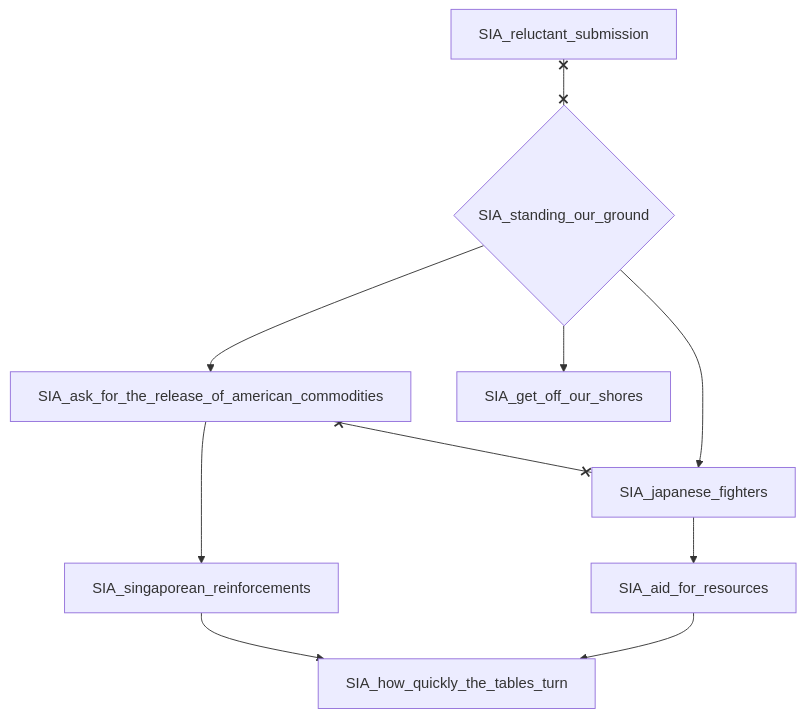
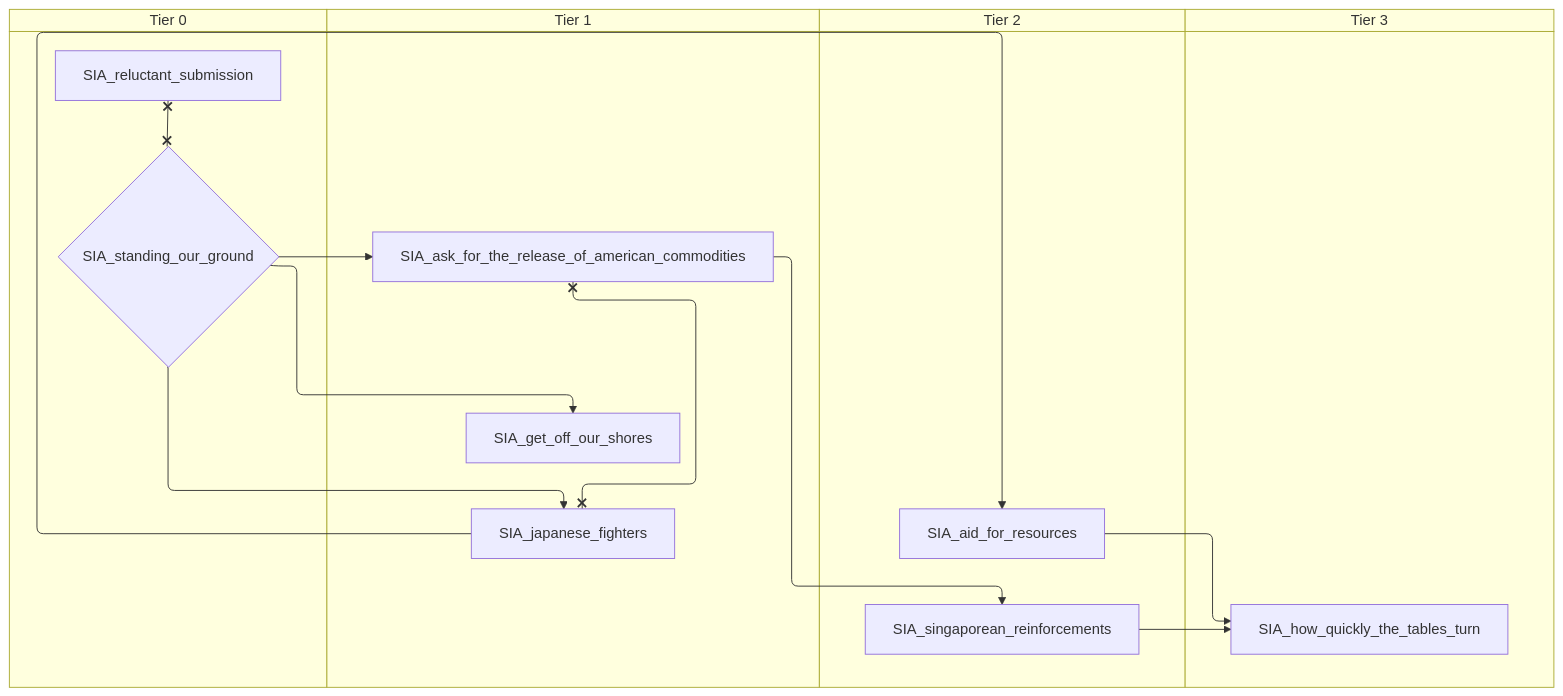
The fourth of 6 diagrams in docs/gdd/National Focuses/siam.md (evgeny-sobol/hoi4-sandbox-mode), drawn with Mermaid before and after one commit. The commit also changed other lines of this file and 80 other files, not shown here.

First line of the commit message:
Add swimlane mode to focus graph exporter

````diff
--- a/docs/gdd/National Focuses/siam.md
+++ b/docs/gdd/National Focuses/siam.md
@@ -193,20 +235,28 @@
 ```mermaid
-flowchart TD
-    n76["SIA_aid_for_resources"]
-    n77["SIA_ask_for_the_release_of_american_commodities"]
-    n78["SIA_get_off_our_shores"]
-    n79["SIA_how_quickly_the_tables_turn"]
-    n80["SIA_japanese_fighters"]
-    n54["SIA_reluctant_submission"]
-    n81["SIA_singaporean_reinforcements"]
-    n57{"SIA_standing_our_ground"}
-    n80 --> n76
-    n57 --> n77
-    n57 --> n78
-    n81 --> n79
-    n76 --> n79
-    n57 --> n80
-    n77 --> n81
-    n77 x--x n80
-    n54 x--x n57
+swimlane-beta TD
+    subgraph tier_0["Tier 0"]
+        n45["SIA_reluctant_submission"]
+        n46{"SIA_standing_our_ground"}
+    end
+    subgraph tier_1["Tier 1"]
+        n76["SIA_ask_for_the_release_of_american_commodities"]
+        n77["SIA_get_off_our_shores"]
+        n78["SIA_japanese_fighters"]
+    end
+    subgraph tier_2["Tier 2"]
+        n79["SIA_aid_for_resources"]
+        n80["SIA_singaporean_reinforcements"]
+    end
+    subgraph tier_3["Tier 3"]
+        n81["SIA_how_quickly_the_tables_turn"]
+    end
+    n78 --> n79
+    n46 --> n76
+    n46 --> n77
+    n80 --> n81
+    n79 --> n81
+    n46 --> n78
+    n76 --> n80
+    n76 x--x n78
+    n45 x--x n46
 ```
````
